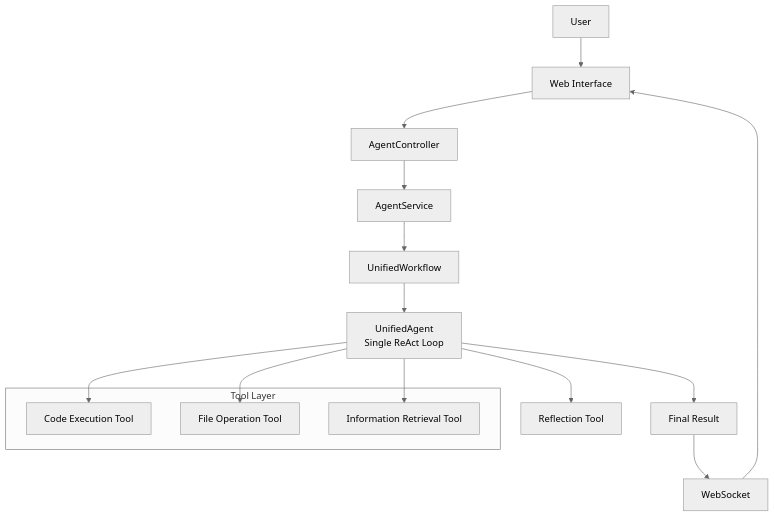
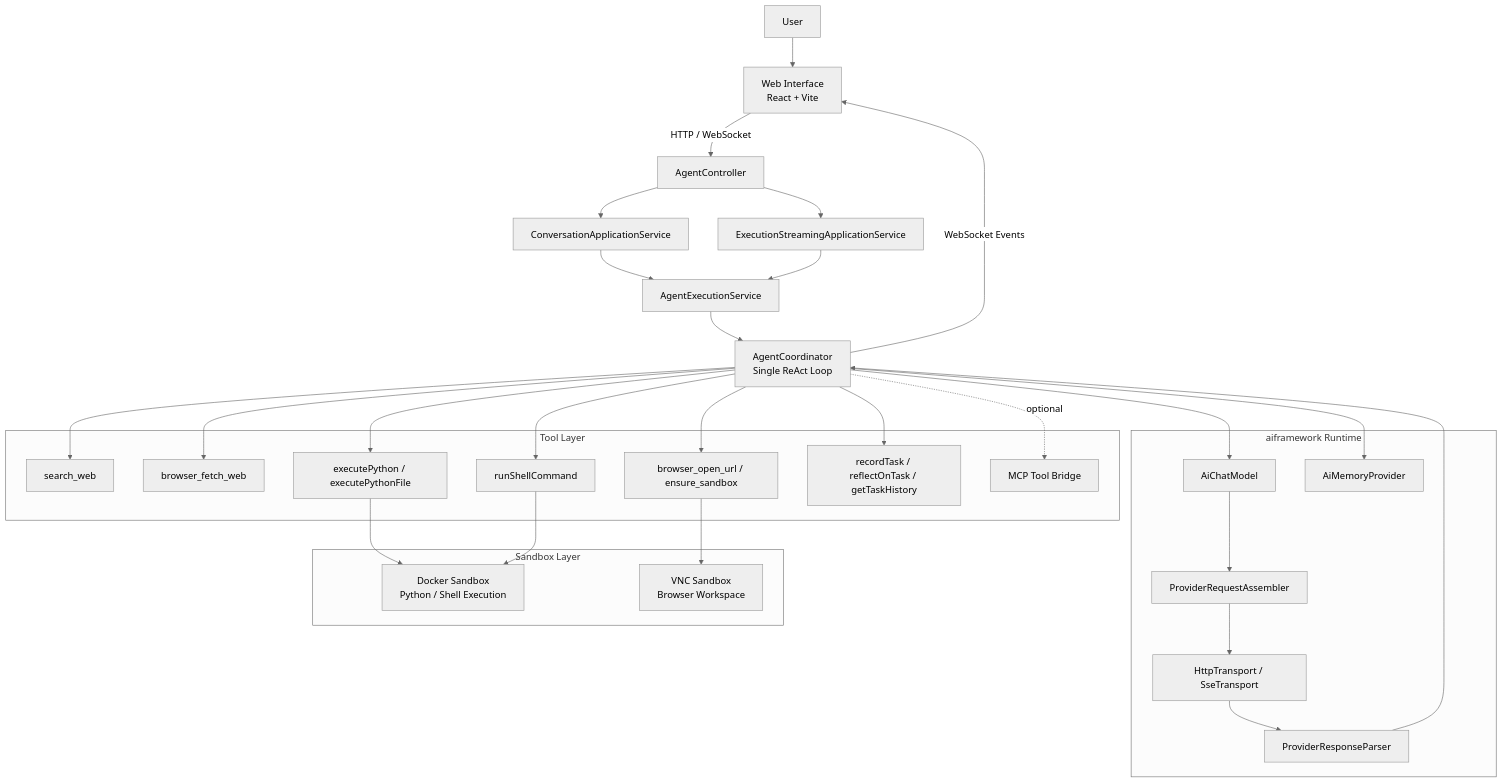
Before and after one commit to gangcaiyoule/OpenManus-Java: the diagram in README.md, drawn with Mermaid (neutral theme). The commit also changed other lines of this file and 83 other files, not shown here.

````diff
--- a/README.md
+++ b/README.md
@@ -61,24 +85,57 @@
 ```mermaid
 graph TD
-    User --> UI[Web Interface]
-    UI --> Controller[AgentController]
-    
-    Controller --> Service[AgentService]
-    
-    Service --> Workflow[UnifiedWorkflow]
-    Workflow --> UA[UnifiedAgent<br/>Single ReAct Loop]
-    
+    User[User] --> UI[Web Interface<br/>React + Vite]
+    UI -->|HTTP / WebSocket| Controller[AgentController]
+
+    Controller --> ConversationService[ConversationApplicationService]
+    Controller --> StreamingService[ExecutionStreamingApplicationService]
+
+    ConversationService --> AgentExecService[AgentExecutionService]
+    StreamingService --> AgentExecService
+
+    AgentExecService --> Coordinator[AgentCoordinator<br/>Single ReAct Loop]
+
+    subgraph "aiframework Runtime"
+        ChatModel[AiChatModel]
+        Memory[AiMemoryProvider]
+        Assembler[ProviderRequestAssembler]
+        Parser[ProviderResponseParser]
+        Transport[HttpTransport / SseTransport]
+    end
+
+    Coordinator --> ChatModel
+    ChatModel --> Assembler
+    Assembler --> Transport
+    Transport --> Parser
+    Parser --> Coordinator
+    Coordinator --> Memory
+
     subgraph "Tool Layer"
-        CodeTool[Code Execution Tool]
-        FileTool[File Operation Tool]
-        SearchTool[Information Retrieval Tool]
+        SearchTool[search_web]
+        WebFetchTool[browser_fetch_web]
+        BrowserTool[browser_open_url / ensure_sandbox]
+        PythonTool[executePython / executePythonFile]
+        ShellTool[runShellCommand]
+        ReflectionTool[recordTask / reflectOnTask / getTaskHistory]
+        McpBridge[MCP Tool Bridge]
     end
-    
-    UA --> CodeTool
-    UA --> FileTool
-    UA --> SearchTool
-    UA --> ReflectionTool[Reflection Tool]
 
-    UA --> FinalResult[Final Result]
-    FinalResult --> WebSocket --> UI
+    Coordinator --> SearchTool
+    Coordinator --> WebFetchTool
+    Coordinator --> BrowserTool
+    Coordinator --> PythonTool
+    Coordinator --> ShellTool
+    Coordinator --> ReflectionTool
+    Coordinator -.->|optional| McpBridge
+
+    subgraph "Sandbox Layer"
+        DockerSandbox[Docker Sandbox<br/>Python / Shell Execution]
+        VncSandbox[VNC Sandbox<br/>Browser Workspace]
+    end
+
+    PythonTool --> DockerSandbox
+    ShellTool --> DockerSandbox
+    BrowserTool --> VncSandbox
+
+    Coordinator -->|WebSocket Events| UI
 ```
````
